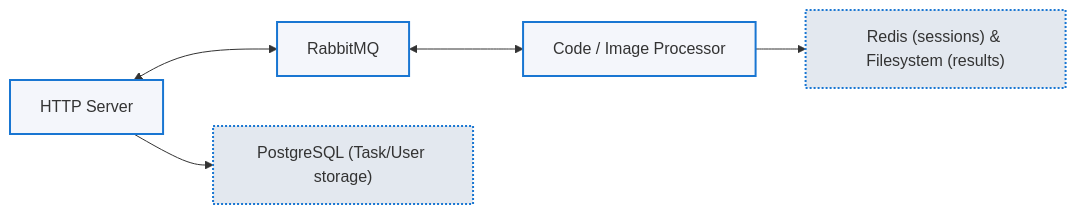
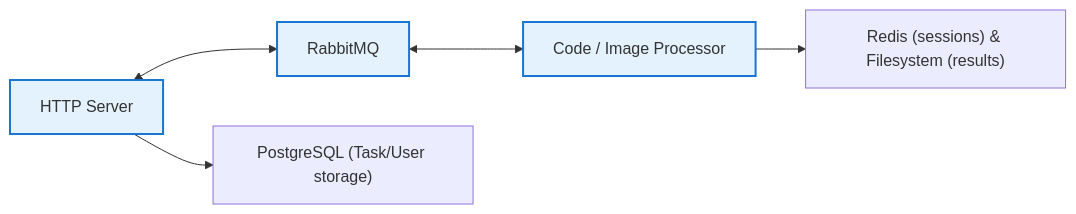
One commit to ffoky/Code-processor changed the first of 3 diagrams in README.md. Above: the diagram before and after it, drawn with Mermaid.

````diff
--- a/README.md
+++ b/README.md
@@ -28,21 +28,19 @@
 ```mermaid
 flowchart LR
   %% Core components
   HTTPServer["HTTP Server"] 
   RabbitMQ["RabbitMQ"] 
   Processor["Code / Image Processor"]
 
   %% Horizontal connections
   HTTPServer <--> RabbitMQ
   RabbitMQ <--> Processor
 
   %% Vertical dependencies
   HTTPServer --> PostgreSQL["PostgreSQL (Task/User storage)"]
   Processor --> Storage["Redis (sessions) & Filesystem (results)"]
 
   %% Styling
-  classDef core fill:#f4f6fb,stroke:#1976d2,stroke-width:2px;
-  classDef store fill:#e3e8ef,stroke:#1976d2,stroke-width:2px,stroke-dasharray: 2 2;
+  classDef core fill:#e3f2fd,stroke:#1976d2,stroke-width:2px;
   class HTTPServer,RabbitMQ,Processor core;
-  class PostgreSQL,Storage store;
 ```
````
